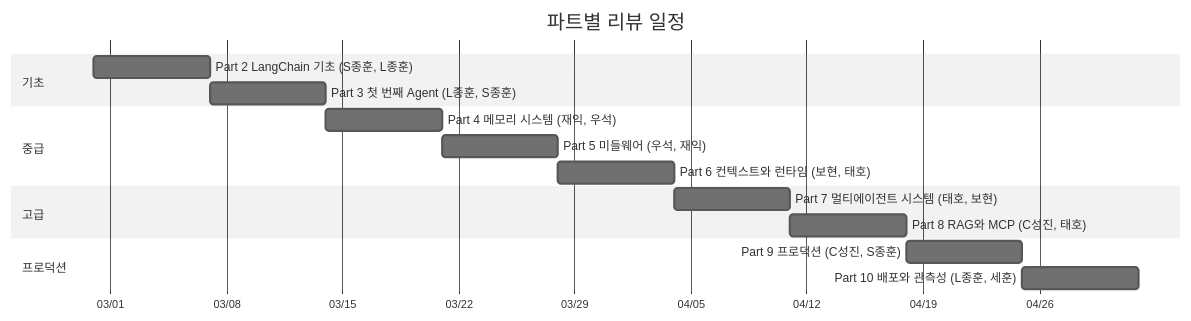
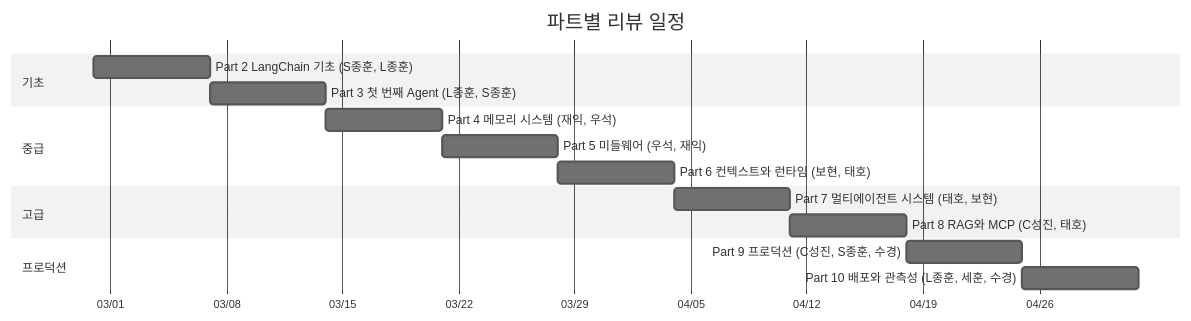
The second of 5 diagrams in langchain/reviews/README.md (restful3/langchain-docs), drawn with Mermaid (neutral theme) before and after one commit. The commit also changed other lines of this file, not shown here.

Commit message:
Add 수경 to Part 9/10 reviewers in reviews README

````diff
--- a/langchain/reviews/README.md
+++ b/langchain/reviews/README.md
@@ -59,23 +59,23 @@
 ```mermaid
 gantt
     title 파트별 리뷰 일정
     dateFormat YYYY-MM-DD
     axisFormat %m/%d
 
     section 기초
     Part 2 LangChain 기초 (S종훈, L종훈)     :p2, 2026-02-28, 7d
     Part 3 첫 번째 Agent (L종훈, S종훈)       :p3, after p2, 7d
 
     section 중급
     Part 4 메모리 시스템 (재익, 우석)          :p4, after p3, 7d
     Part 5 미들웨어 (우석, 재익)              :p5, after p4, 7d
     Part 6 컨텍스트와 런타임 (보현, 태호)      :p6, after p5, 7d
 
     section 고급
     Part 7 멀티에이전트 시스템 (태호, 보현)    :p7, after p6, 7d
     Part 8 RAG와 MCP (C성진, 태호)            :p8, after p7, 7d
 
     section 프로덕션
-    Part 9 프로덕션 (C성진, S종훈)             :p9, after p8, 7d
-    Part 10 배포와 관측성 (L종훈, 세훈)        :p10, after p9, 7d
+    Part 9 프로덕션 (C성진, S종훈, 수경)        :p9, after p8, 7d
+    Part 10 배포와 관측성 (L종훈, 세훈, 수경)   :p10, after p9, 7d
 ```
````
